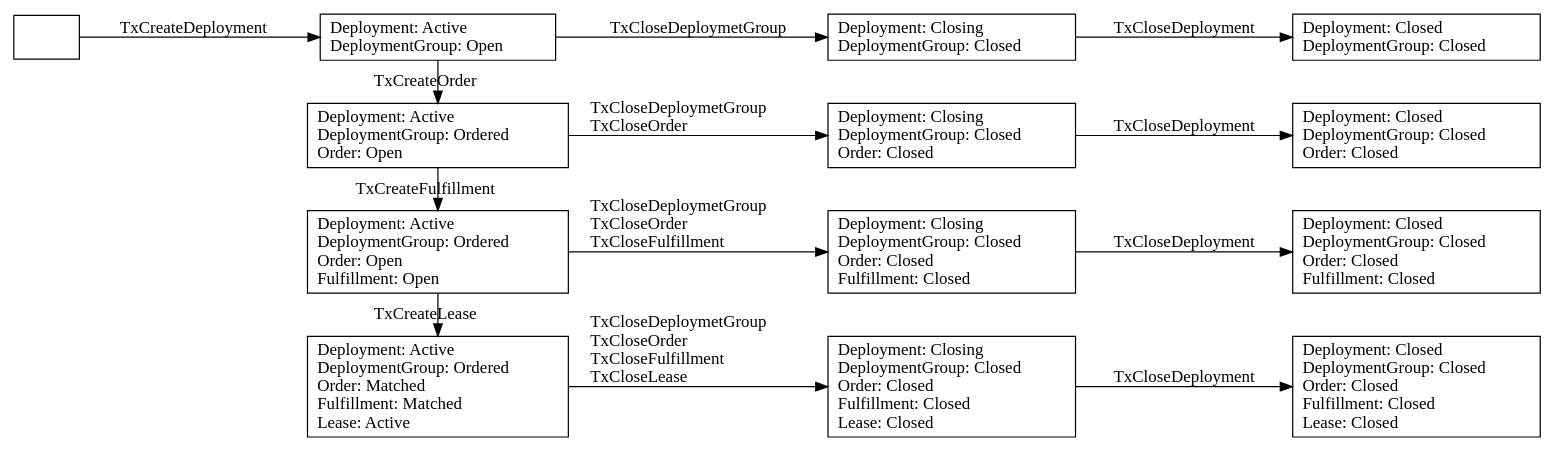
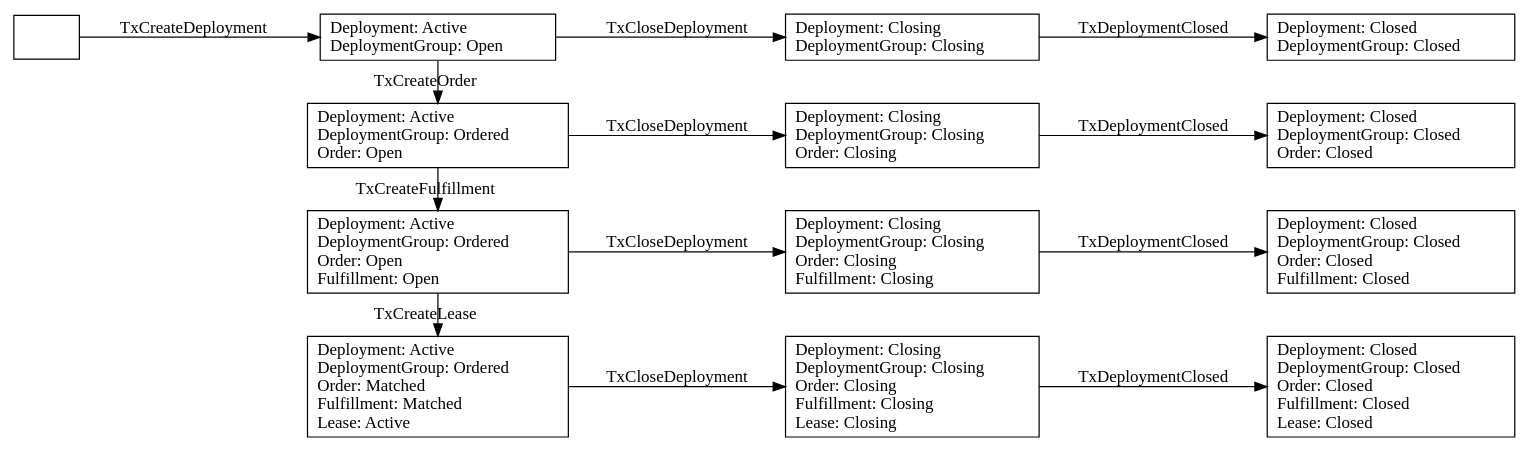
The diagram in _docs/dot/tenant-cancel.dot (akash-network/node), drawn with Graphviz before and after one commit. The commit also changed 19 other files, not shown here.

```diff
--- a/_docs/dot/tenant-cancel.dot
+++ b/_docs/dot/tenant-cancel.dot
@@ -1,40 +1,41 @@
 digraph marketplace {
 
   rankdir=LR;
 
   "0"     [shape=box label=""];
 
   "1"     [shape=box labeljust="1" label="Deployment: Active\lDeploymentGroup: Open\l"];
   "2"     [shape=box labeljust="1" label="Deployment: Active\lDeploymentGroup: Ordered\lOrder: Open\l"];
   "3"     [shape=box labeljust="1" label="Deployment: Active\lDeploymentGroup: Ordered\lOrder: Open\lFulfillment: Open\l"];
   "4"     [shape=box labeljust="1" label="Deployment: Active\lDeploymentGroup: Ordered\lOrder: Matched\lFulfillment: Matched\lLease: Active\l"];
 
-  "5"     [shape=box label="Deployment: Closing\lDeploymentGroup: Closed\l"];
-  "6"     [shape=box label="Deployment: Closing\lDeploymentGroup: Closed\lOrder: Closed\l"];
-  "7"     [shape=box label="Deployment: Closing\lDeploymentGroup: Closed\lOrder: Closed\lFulfillment: Closed\l"];
-  "8"     [shape=box label="Deployment: Closing\lDeploymentGroup: Closed\lOrder: Closed\lFulfillment: Closed\lLease: Closed\l"];
+  "5"     [shape=box label="Deployment: Closing\lDeploymentGroup: Closing\l"];
+  "6"     [shape=box label="Deployment: Closing\lDeploymentGroup: Closing\lOrder: Closing\l"];
+  "7"     [shape=box label="Deployment: Closing\lDeploymentGroup: Closing\lOrder: Closing\lFulfillment: Closing\l"];
+  "8"     [shape=box label="Deployment: Closing\lDeploymentGroup: Closing\lOrder: Closing\lFulfillment: Closing\lLease: Closing\l"];
 
   "9"     [shape=box label="Deployment: Closed\lDeploymentGroup: Closed\l"];
   "10"    [shape=box label="Deployment: Closed\lDeploymentGroup: Closed\lOrder: Closed\l"];
   "11"    [shape=box label="Deployment: Closed\lDeploymentGroup: Closed\lOrder: Closed\lFulfillment: Closed\l"];
   "12"    [shape=box label="Deployment: Closed\lDeploymentGroup: Closed\lOrder: Closed\lFulfillment: Closed\lLease: Closed\l"];
 
   "0" -> "1"           [label="TxCreateDeployment"];
   "1" -> "2"           [label="TxCreateOrder"];
   "2" -> "3"           [label="TxCreateFulfillment"];
   "3" -> "4"           [label="TxCreateLease"];
 
-  "1" -> "5"           [label="TxCloseDeploymetGroup"];
-  "2" -> "6"           [label="TxCloseDeploymetGroup\lTxCloseOrder\l"];
-  "3" -> "7"           [label="TxCloseDeploymetGroup\lTxCloseOrder\lTxCloseFulfillment\l"];
-  "4" -> "8"           [label="TxCloseDeploymetGroup\lTxCloseOrder\lTxCloseFulfillment\lTxCloseLease\l"];
+  "1" -> "5"           [label="TxCloseDeployment"];
+  "2" -> "6"           [label="TxCloseDeployment"];
+  "3" -> "7"           [label="TxCloseDeployment"];
+  "4" -> "8"           [label="TxCloseDeployment"];
 
-  "5" -> "9"           [label="TxCloseDeployment"];
-  "6" -> "10"          [label="TxCloseDeployment"];
-  "7" -> "11"          [label="TxCloseDeployment"];
-  "8" -> "12"          [label="TxCloseDeployment"];
+  "5" -> "9"           [label="TxDeploymentClosed"];
+  "6" -> "10"          [label="TxDeploymentClosed"];
+  "7" -> "11"          [label="TxDeploymentClosed"];
+  "8" -> "12"          [label="TxDeploymentClosed"];
+
 
   { rank=same "1", "2", "3", "4" }
   { rank=same "5", "6", "7", "8" }
   { rank=same "9", "10", "11", "12" }
 }
```
